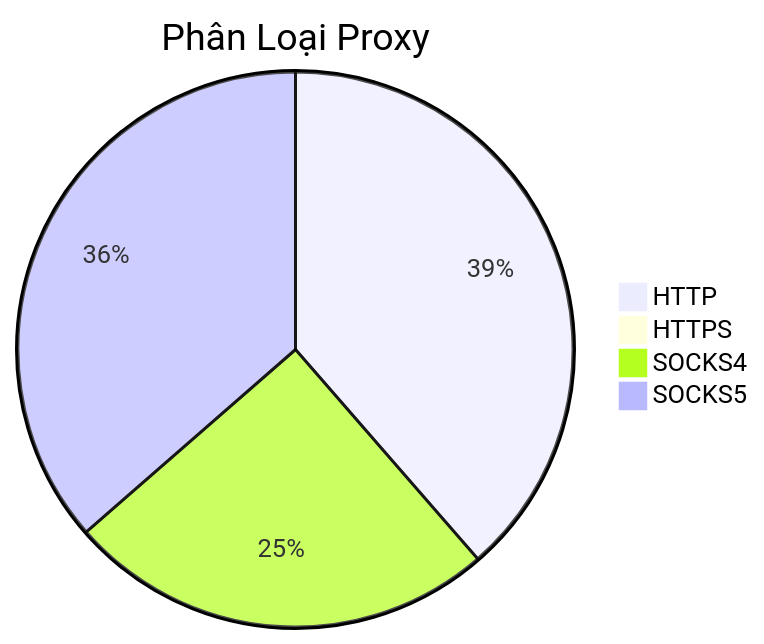
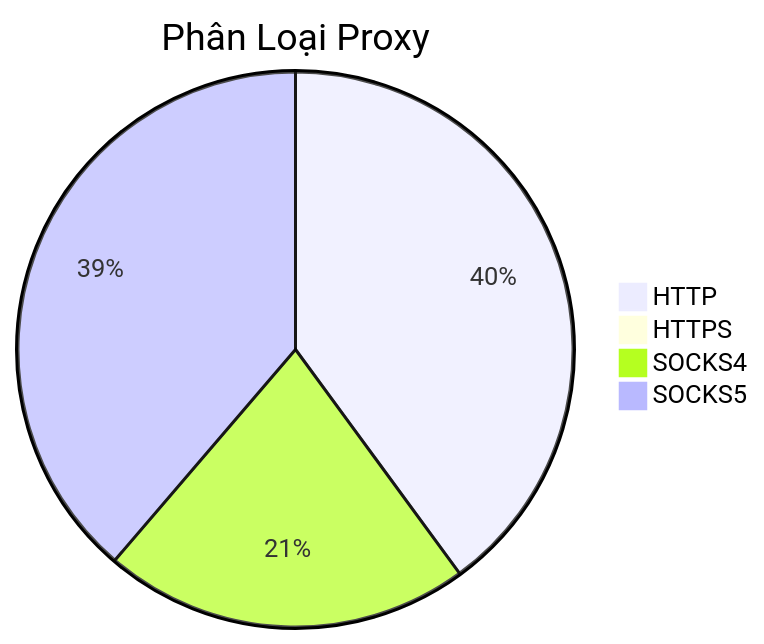
One commit to Ciara-12/PROXY-free changed the diagram in README.md. Above: the diagram before and after it, drawn with Mermaid. The commit also changed other lines of this file and 3 other files, not shown here.

````diff
--- a/README.md
+++ b/README.md
@@ -26,7 +26,7 @@
 ```mermaid
 pie title Phân Loại Proxy
-    "HTTP" : 564
+    "HTTP" : 855
     "HTTPS" : 0
-    "SOCKS4" : 365
-    "SOCKS5" : 532
+    "SOCKS4" : 457
+    "SOCKS5" : 829
 ```
````
